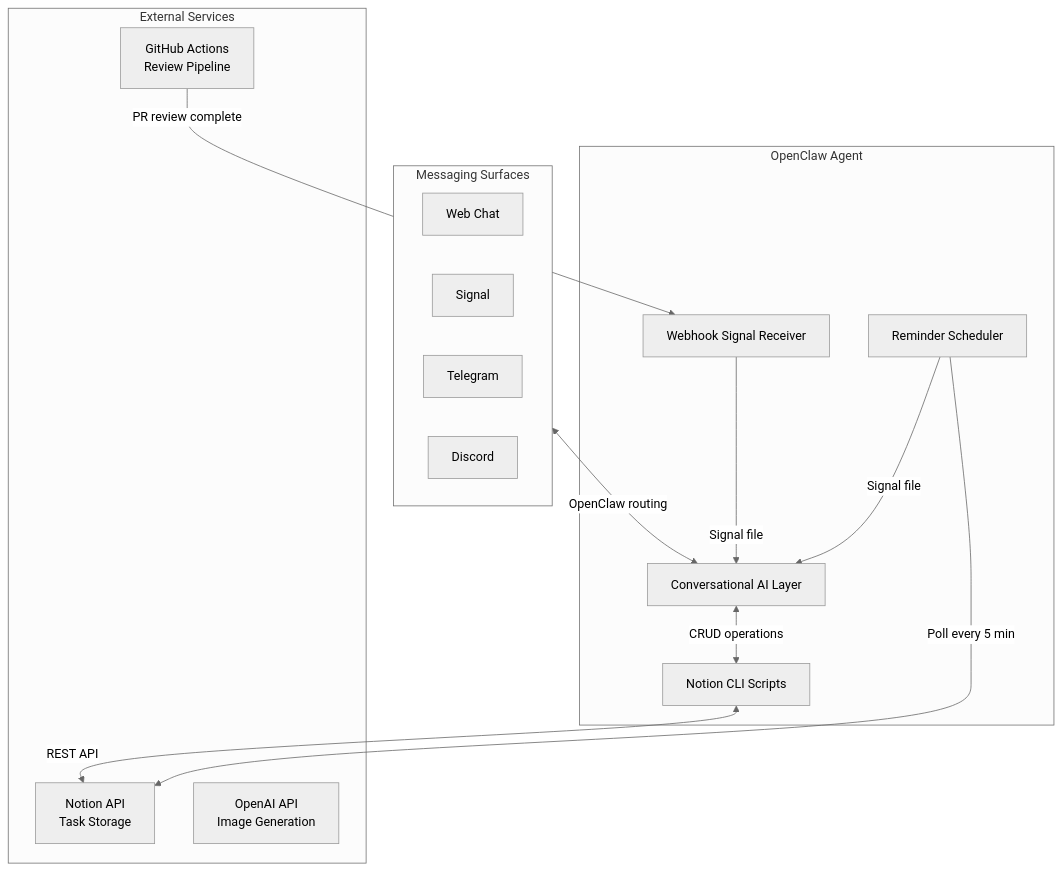
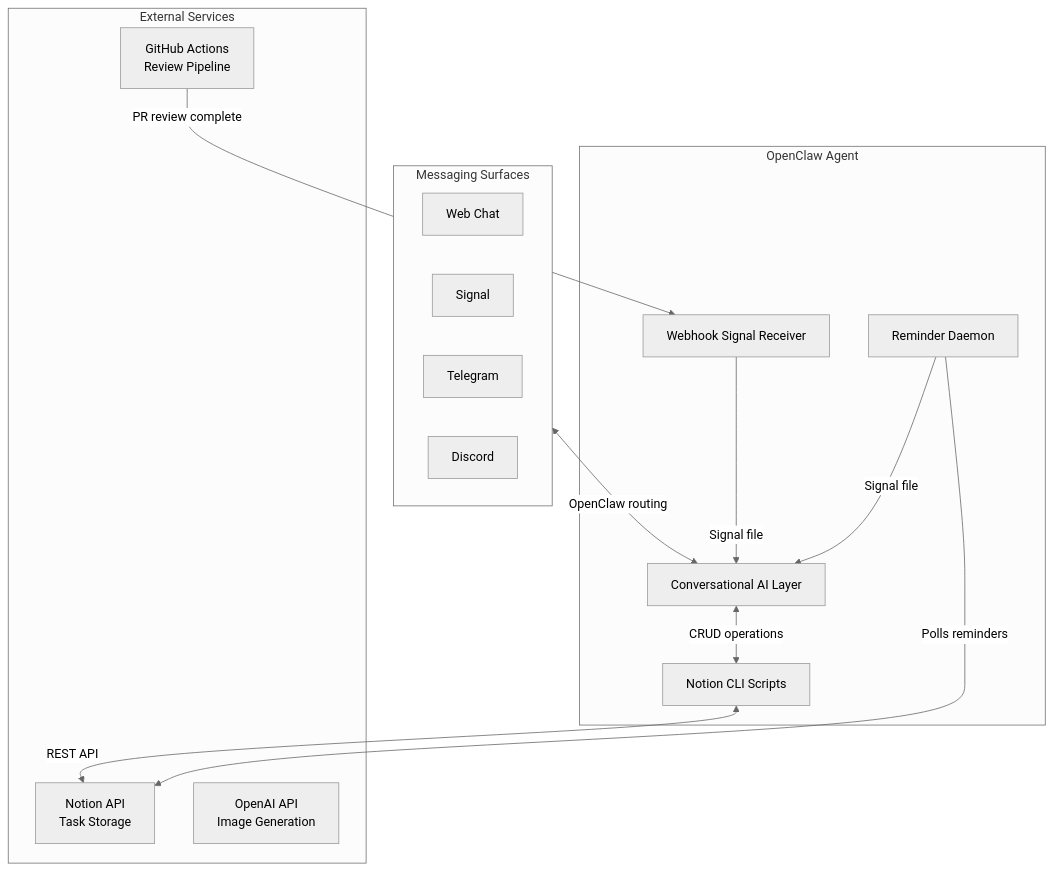
Before and after one commit to NickBorgersProbably/hide-my-list: the first of 6 diagrams in docs/architecture.md, drawn with Mermaid (neutral theme). The commit also changed other lines of this file and 8 other files, not shown here.

First line of the commit message:
Replace GitHub Actions cron with local reminder daemon; fix review blockers

````diff
--- a/docs/architecture.md
+++ b/docs/architecture.md
@@ -14,30 +14,30 @@
 ```mermaid
 flowchart TB
     subgraph Agent["OpenClaw Agent"]
         AI[Conversational AI Layer]
         Scripts[Notion CLI Scripts]
         Webhook[Webhook Signal Receiver]
-        ReminderCheck[Reminder Scheduler]
+        Reminder[Reminder Daemon]
     end
 
     subgraph Messaging["Messaging Surfaces"]
         Web[Web Chat]
         Signal[Signal]
         Telegram[Telegram]
         Discord[Discord]
     end
 
     subgraph External["External Services"]
         Notion[Notion API<br/>Task Storage]
         OpenAI[OpenAI API<br/>Image Generation]
         GitHub[GitHub Actions<br/>Review Pipeline]
     end
 
     Messaging <-->|OpenClaw routing| AI
     AI <-->|CRUD operations| Scripts
     Scripts <-->|REST API| Notion
+    Reminder -->|Polls reminders| Notion
     GitHub -->|PR review complete| Webhook
     Webhook -->|Signal file| AI
-    ReminderCheck -->|Poll every 5 min| Notion
-    ReminderCheck -->|Signal file| AI
+    Reminder -->|Signal file| AI
 ```
````
